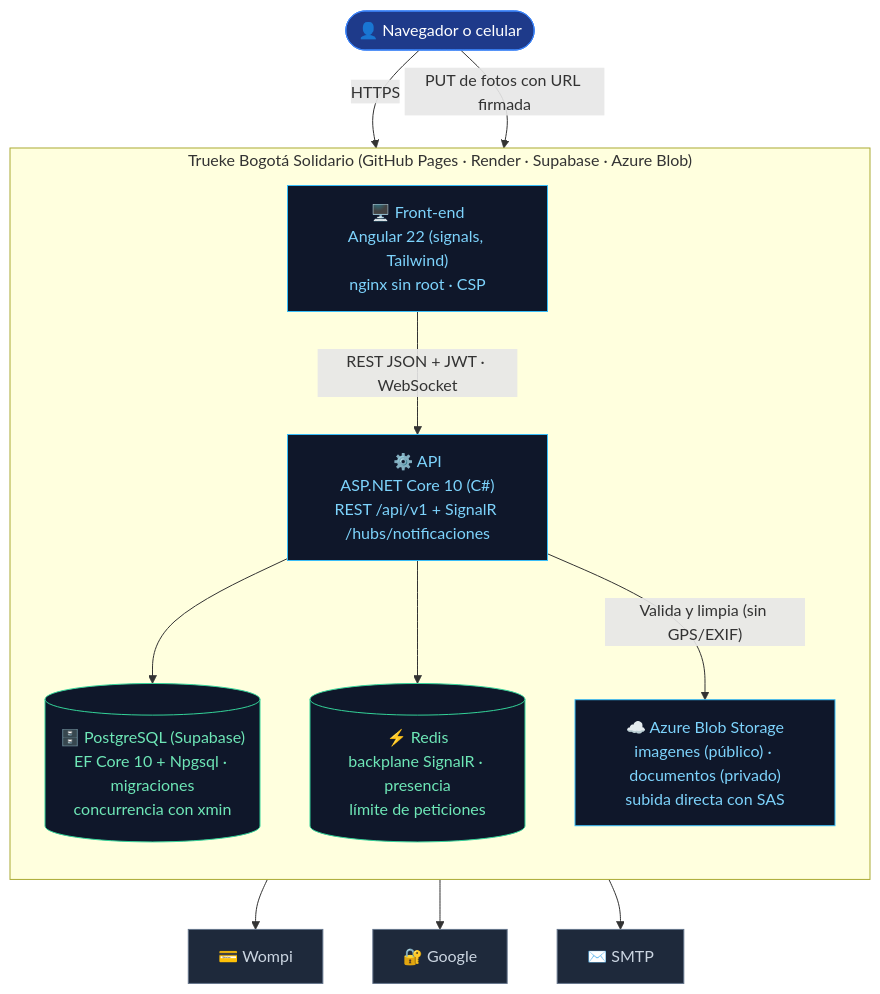
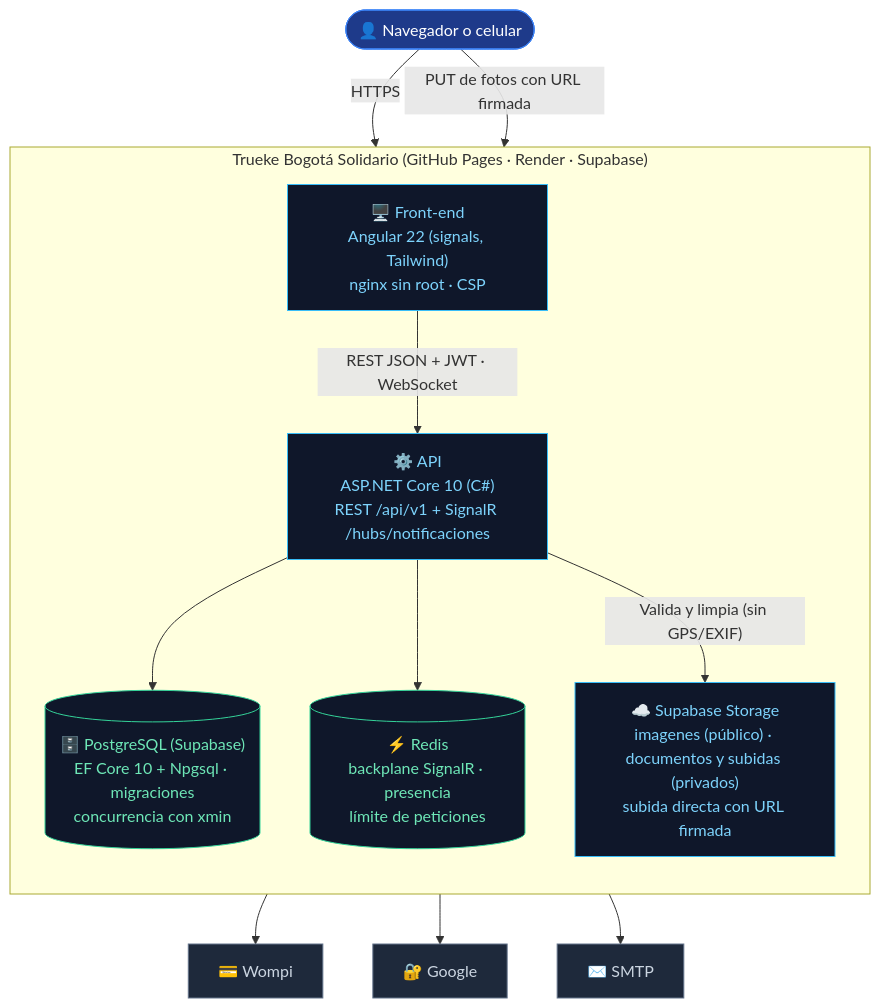
Before and after one commit to IngMartinG/TRUEKE-BOGOTA-SOLIDARIO-: the second of 4 diagrams in docs/c4/C4_MODELO_TRUEKE.md, drawn with Mermaid. The commit also changed 5 other files, not shown here.

Commit message:
docs: fotos en Supabase Storage (despliegue, estado y C4)

````diff
--- a/docs/c4/C4_MODELO_TRUEKE.md
+++ b/docs/c4/C4_MODELO_TRUEKE.md
@@ -40,32 +40,32 @@
 ```mermaid
 flowchart TB
     U(["👤 Navegador o celular"]):::persona
 
-    subgraph SYS["Trueke Bogotá Solidario (GitHub Pages · Render · Supabase · Azure Blob)"]
+    subgraph SYS["Trueke Bogotá Solidario (GitHub Pages · Render · Supabase)"]
         direction TB
         FE["🖥️ Front-end<br/>Angular 22 (signals, Tailwind)<br/>nginx sin root · CSP"]:::contenedor
         API["⚙️ API<br/>ASP.NET Core 10 (C#)<br/>REST /api/v1 + SignalR /hubs/notificaciones"]:::contenedor
         DB[("🗄️ PostgreSQL (Supabase)<br/>EF Core 10 + Npgsql · migraciones<br/>concurrencia con xmin")]:::datos
         REDIS[("⚡ Redis<br/>backplane SignalR · presencia<br/>límite de peticiones")]:::datos
-        BLOB["☁️ Azure Blob Storage<br/>imagenes (público) · documentos (privado)<br/>subida directa con SAS"]:::contenedor
+        STORAGE["☁️ Supabase Storage<br/>imagenes (público) · documentos y subidas (privados)<br/>subida directa con URL firmada"]:::contenedor
     end
 
     WOMPI["💳 Wompi"]:::externo
     GOOGLE["🔐 Google"]:::externo
     SMTP["✉️ SMTP"]:::externo
 
     U -->|"HTTPS"| FE
-    U -->|"PUT de fotos con URL firmada"| BLOB
+    U -->|"PUT de fotos con URL firmada"| STORAGE
     FE -->|"REST JSON + JWT · WebSocket"| API
     API --> DB
     API --> REDIS
-    API -->|"Valida y limpia (sin GPS/EXIF)"| BLOB
+    API -->|"Valida y limpia (sin GPS/EXIF)"| STORAGE
     API --> WOMPI
     API --> GOOGLE
     API --> SMTP
 
     classDef persona fill:#1e3a8a,color:#fff,stroke:#3b82f6;
     classDef contenedor fill:#0f172a,color:#7dd3fc,stroke:#38bdf8;
     classDef datos fill:#0f172a,color:#6ee7b7,stroke:#34d399;
     classDef externo fill:#1e293b,color:#cbd5e1,stroke:#64748b;
 ```
````
